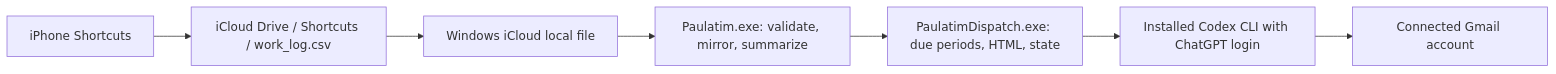
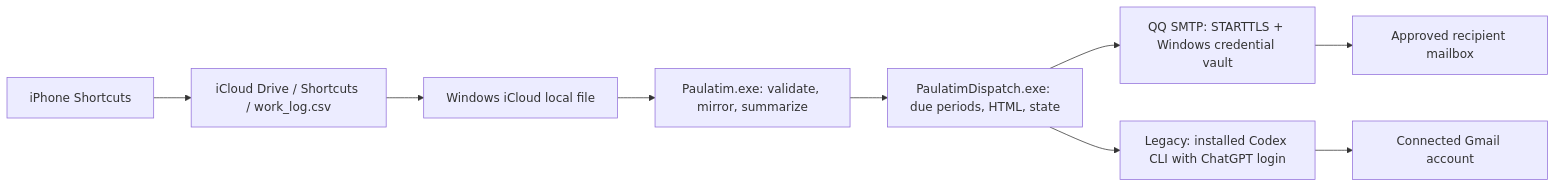
The diagram in README.md (zhishuo0406-coder/paulatim), drawn with Mermaid before and after one commit. The commit also changed other lines of this file and 16 other files, not shown here.

````diff
--- a/README.md
+++ b/README.md
@@ -25,9 +27,11 @@
 ```mermaid
 flowchart LR
     S["iPhone Shortcuts"] --> I["iCloud Drive / Shortcuts / work_log.csv"]
     I --> W["Windows iCloud local file"]
     W --> Y["Paulatim.exe: validate, mirror, summarize"]
     Y --> D["PaulatimDispatch.exe: due periods, HTML, state"]
-    D --> C["Installed Codex CLI with ChatGPT login"]
+    D --> Q["QQ SMTP: STARTTLS + Windows credential vault"]
+    Q --> R["Approved recipient mailbox"]
+    D --> C["Legacy: installed Codex CLI with ChatGPT login"]
     C --> G["Connected Gmail account"]
 ```
````
